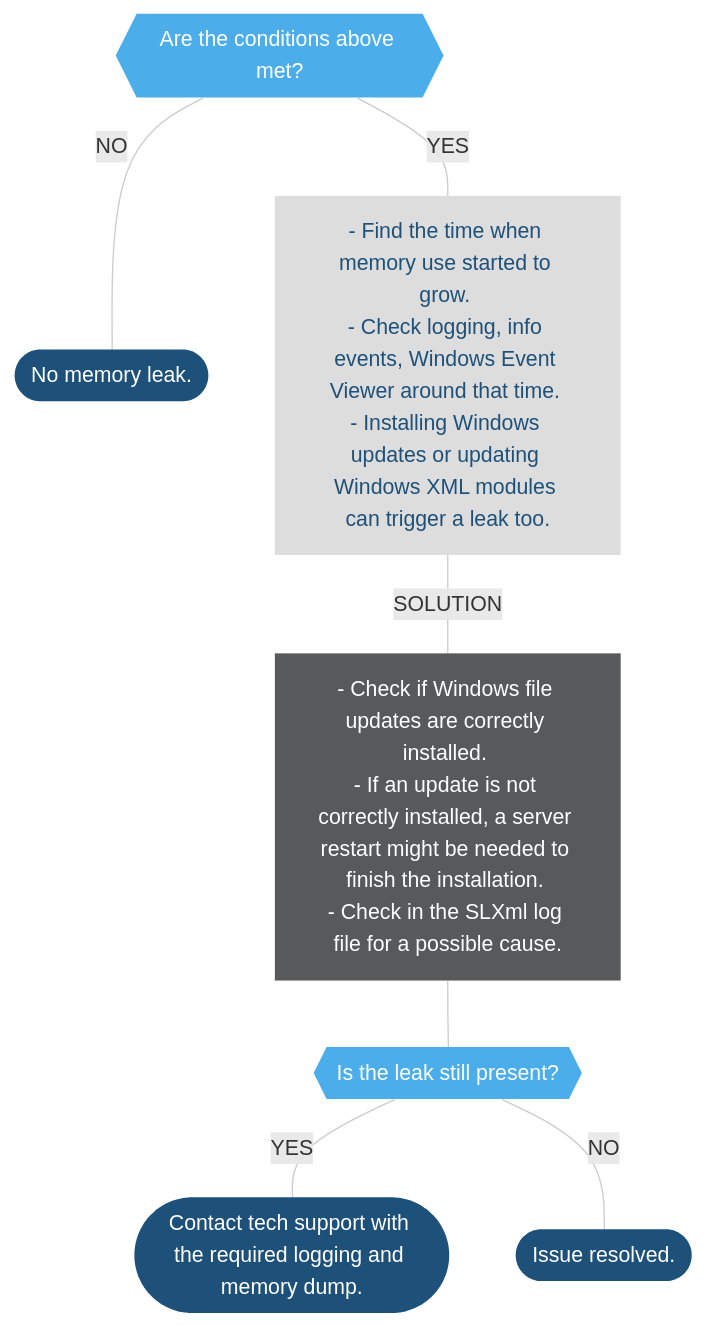
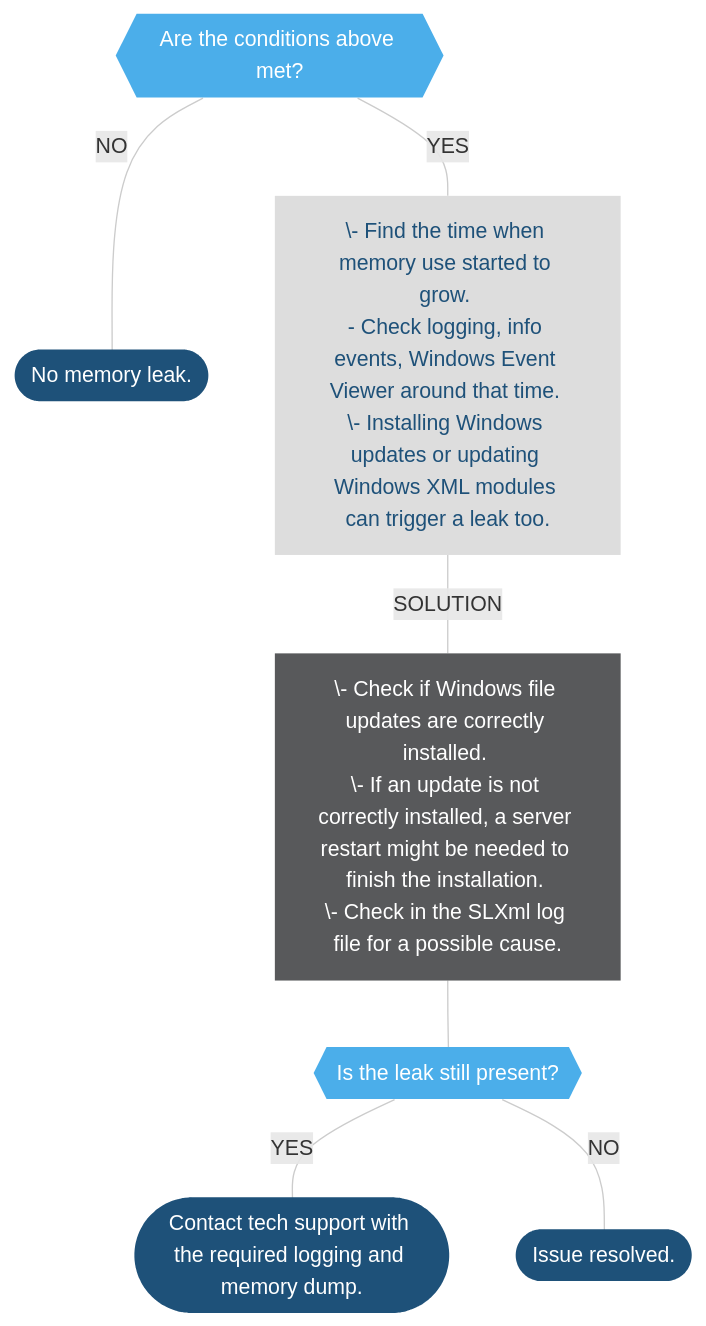
One commit to SkylineCommunications/dataminer-docs changed the second of 3 diagrams in user-guide/Troubleshooting/Troubleshooting_Flowcharts/Troubleshooting_Process_Identification/Other_processes/Troubleshooting_SLXML_exe.md. Above: the diagram before and after it, drawn with Mermaid. The commit also changed other lines of this file and 13 other files, not shown here.

````diff
--- a/user-guide/Troubleshooting/Troubleshooting_Flowcharts/Troubleshooting_Process_Identification/Other_processes/Troubleshooting_SLXML_exe.md
+++ b/user-guide/Troubleshooting/Troubleshooting_Flowcharts/Troubleshooting_Process_Identification/Other_processes/Troubleshooting_SLXML_exe.md
@@ -58,33 +58,33 @@
 ```mermaid
 flowchart TD
 %% Define styles %%
 linkStyle default stroke:#cccccc
 classDef LightBlue fill:#9DDAF5,stroke:#000070,stroke-width:0px, color:#1E5179;
 classDef Blue fill:#4BAEEA,stroke:#000070,stroke-width:0px, color:#FFFFFF;
 classDef DarkBlue fill:#1E5179,stroke:#000070,stroke-width:0px, color:#FFFFFF;
 classDef DarkGray fill:#58595B,stroke:#000070,stroke-width:0px, color:#FFFFFF;
 classDef Gray fill:#999999,stroke:#000070,stroke-width:0px, color:#FFFFFF;
 classDef LightGray fill:#DDDDDD,stroke:#000070,stroke-width:0px, color:#1E5179;
 %% Define blocks %%
 D1{{Are the conditions above met?}}
 N1([No memory leak.])
-Y1[- Find the time when memory use started to grow. <br/>- Check logging, info events, Windows Event Viewer around that time. <br/>- Installing Windows updates or updating Windows XML modules can trigger a leak too.]
-Sol1[- Check if Windows file updates are correctly installed. <br/>- If an update is not correctly installed, a server restart might be needed to finish the installation. <br/>- Check in the SLXml log file for a possible cause.]
+Y1[" \- Find the time when memory use started to grow. <br/>- Check logging, info events, Windows Event Viewer around that time. <br/>\- Installing Windows updates or updating Windows XML modules can trigger a leak too. "]
+Sol1[" \- Check if Windows file updates are correctly installed. <br/>\- If an update is not correctly installed, a server restart might be needed to finish the installation. <br/>\- Check in the SLXml log file for a possible cause. "]
 Ch1{{Is the leak still present?}}
 N2([Issue resolved.])
 Y2([Contact tech support with the required logging and memory dump.])
 %% Connect blocks %%
 D1 --- |YES| Y1
 D1 --- |NO| N1
 Y1 --- |SOLUTION| Sol1
 Sol1 --- Ch1
 Ch1 --- |YES| Y2
 Ch1 --- |NO| N2
 %% Apply styles to blocks %%
 class START,N2,N1,Y2,MinidumpNo,N3,Y3 DarkBlue;
 class Sol1,MinidumpYes,Sol2 DarkGray;
 class CrashdumpDetected,D1,Ch1,Minidump,Ch3 Blue;
 class StartPage,LogCollector LightBlue;
 class Crash,Ch,Y1,ProcessCrashed LightGray;
 class Leak Gray;
 ```
````
